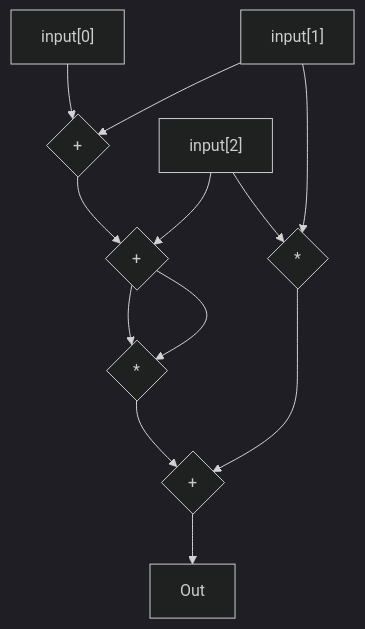
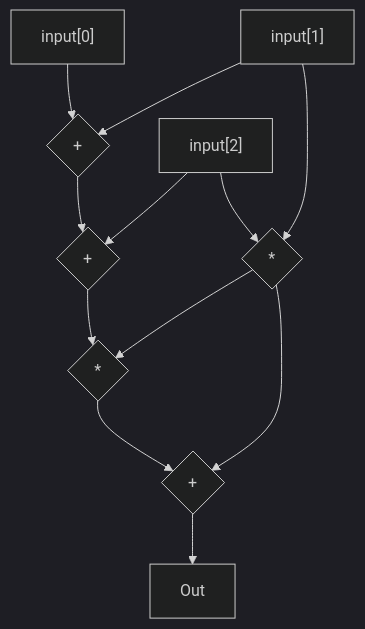
One commit to calvogenerico/grupo-3-plonk changed the first of 3 diagrams in pages/migue.md. Above: the diagram before and after it, drawn with Mermaid (dark theme). The commit also changed other lines of this file and 1 other file, not shown here.

````diff
--- a/pages/migue.md
+++ b/pages/migue.md
@@ -305,17 +298,17 @@
 ```mermaid {scale: 0.5, alt: 'A simple sequence diagram'}
 graph TD
     I1["input[0]"] --> B{+};
     I2["input[1]"] --> B;
     B --> C{+};
     I3["input[2]"] --> C;
 
     I2 --> D{*};
     I3 --> D;
 
     C --> E{*};
-    C --> E;
+    D --> E;
 
     E --> F{+};
     D --> F;
     F --> Out;
 ```
````
